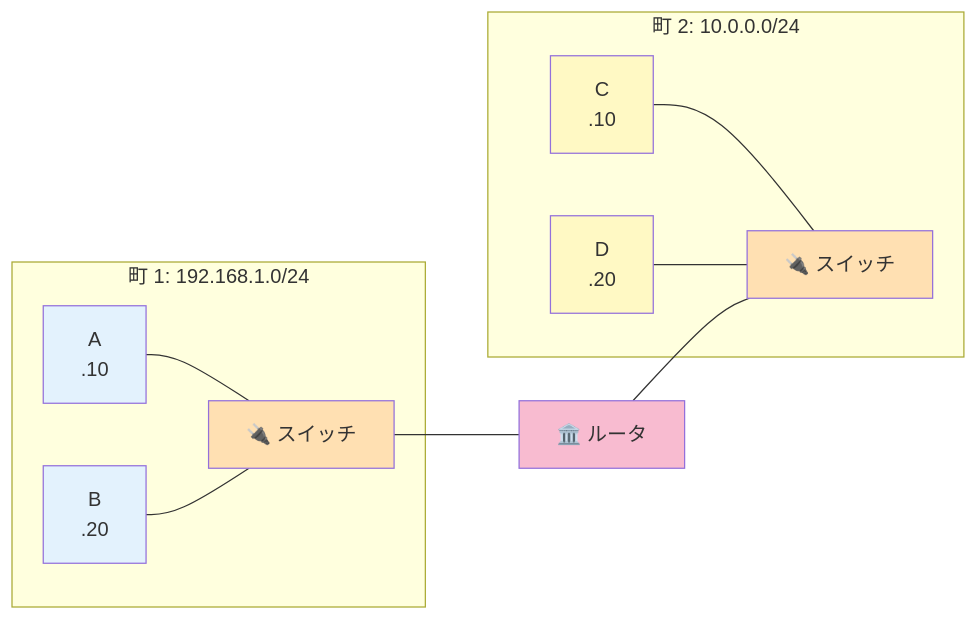
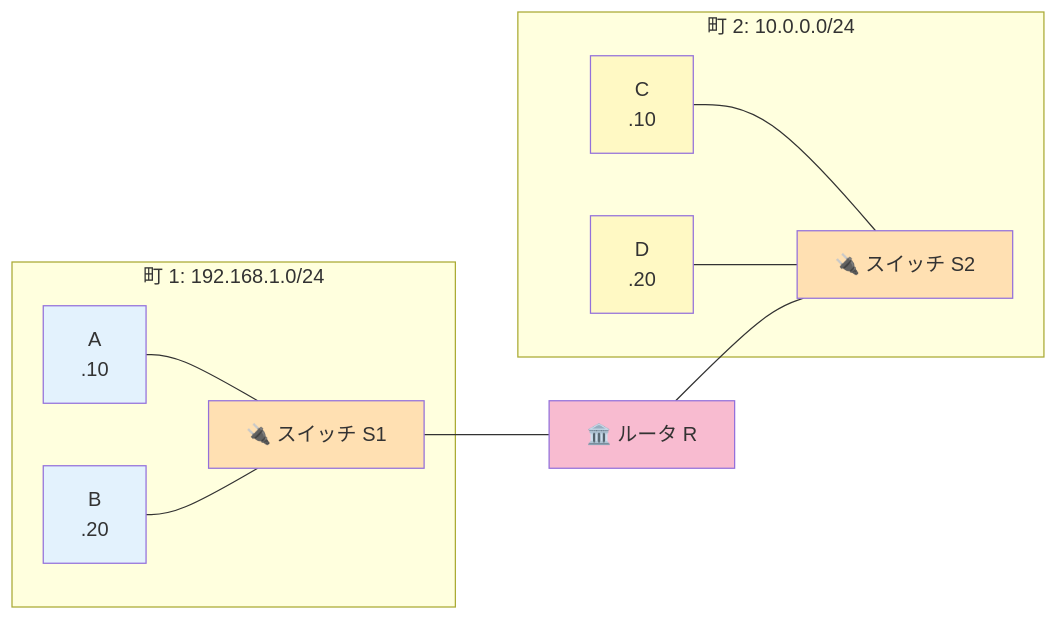
Before and after one commit to Tsunanko/netpractice-guide: the third of 3 diagrams in docs/01-basics/switch-router.md, drawn with Mermaid. The commit also changed other lines of this file and 3 other files, not shown here.

First line of the commit message:
Fix diagram-text mismatches and concept jumps in basics pages

````diff
--- a/docs/01-basics/switch-router.md
+++ b/docs/01-basics/switch-router.md
@@ -143,28 +187,28 @@
 ```mermaid
 flowchart LR
     subgraph LAN1 [町 1: 192.168.1.0/24]
       A[A<br>.10]
       B[B<br>.20]
-      S1[🔌 スイッチ]
+      S1[🔌 スイッチ S1]
       A --- S1
       B --- S1
     end
     subgraph LAN2 [町 2: 10.0.0.0/24]
       C[C<br>.10]
       D[D<br>.20]
-      S2[🔌 スイッチ]
+      S2[🔌 スイッチ S2]
       C --- S2
       D --- S2
     end
-    R[🏛️ ルータ]
+    R[🏛️ ルータ R]
     S1 --- R
     R --- S2
 
     style A fill:#E3F2FD
     style B fill:#E3F2FD
     style C fill:#FFF9C4
     style D fill:#FFF9C4
     style S1 fill:#FFE0B2
     style S2 fill:#FFE0B2
     style R fill:#F8BBD0
 ```
````
